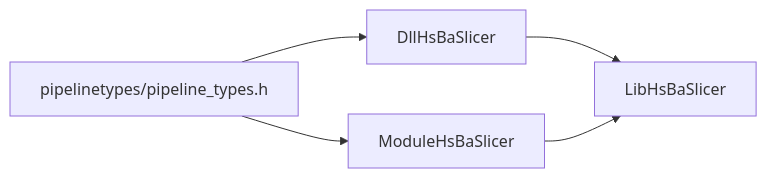
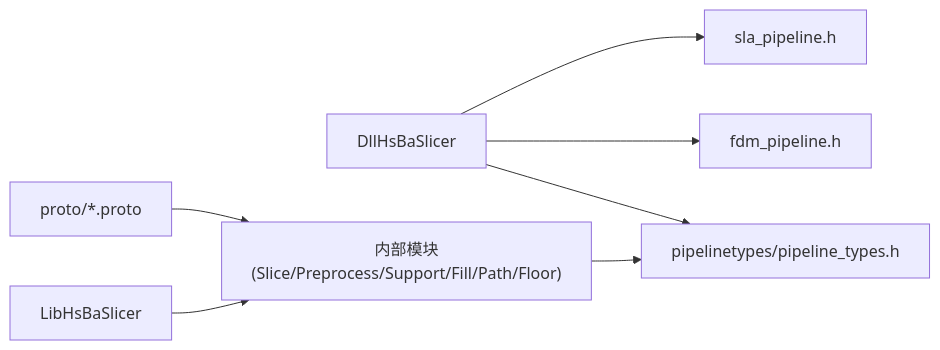
The ninth of 9 diagrams in .qoder/repowiki/zh/content/API 参考文档/API 参考文档.md (hsmbanlance/HsBaSlicer), drawn with Mermaid before and after one commit. The commit also changed other lines of this file and 1135 other files, not shown here.

````diff
--- a/.qoder/repowiki/zh/content/API 参考文档/API 参考文档.md
+++ b/.qoder/repowiki/zh/content/API 参考文档/API 参考文档.md
@@ -308,7 +378,9 @@
 ```mermaid
 graph LR
-DLL["DllHsBaSlicer"] --> LIB["LibHsBaSlicer"]
-MOD["ModuleHsBaSlicer"] --> LIB
-TYPES["pipelinetypes/pipeline_types.h"] --> DLL
-TYPES --> MOD
+DLL["DllHsBaSlicer"] --> PT["pipelinetypes/pipeline_types.h"]
+DLL --> FDM_H["fdm_pipeline.h"]
+DLL --> SLA_H["sla_pipeline.h"]
+LIB["LibHsBaSlicer"] --> CORE["内部模块(Slice/Preprocess/Support/Fill/Path/Floor)"]
+CORE --> PT
+PROTO["proto/*.proto"] --> CORE
 ```
````
